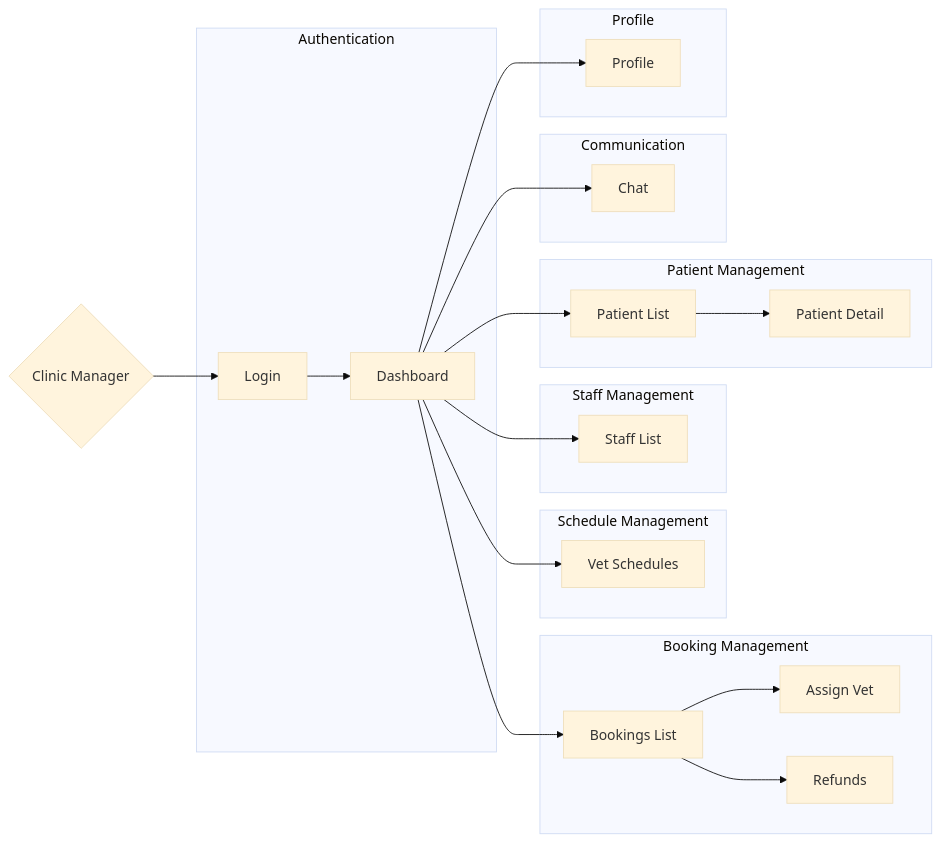
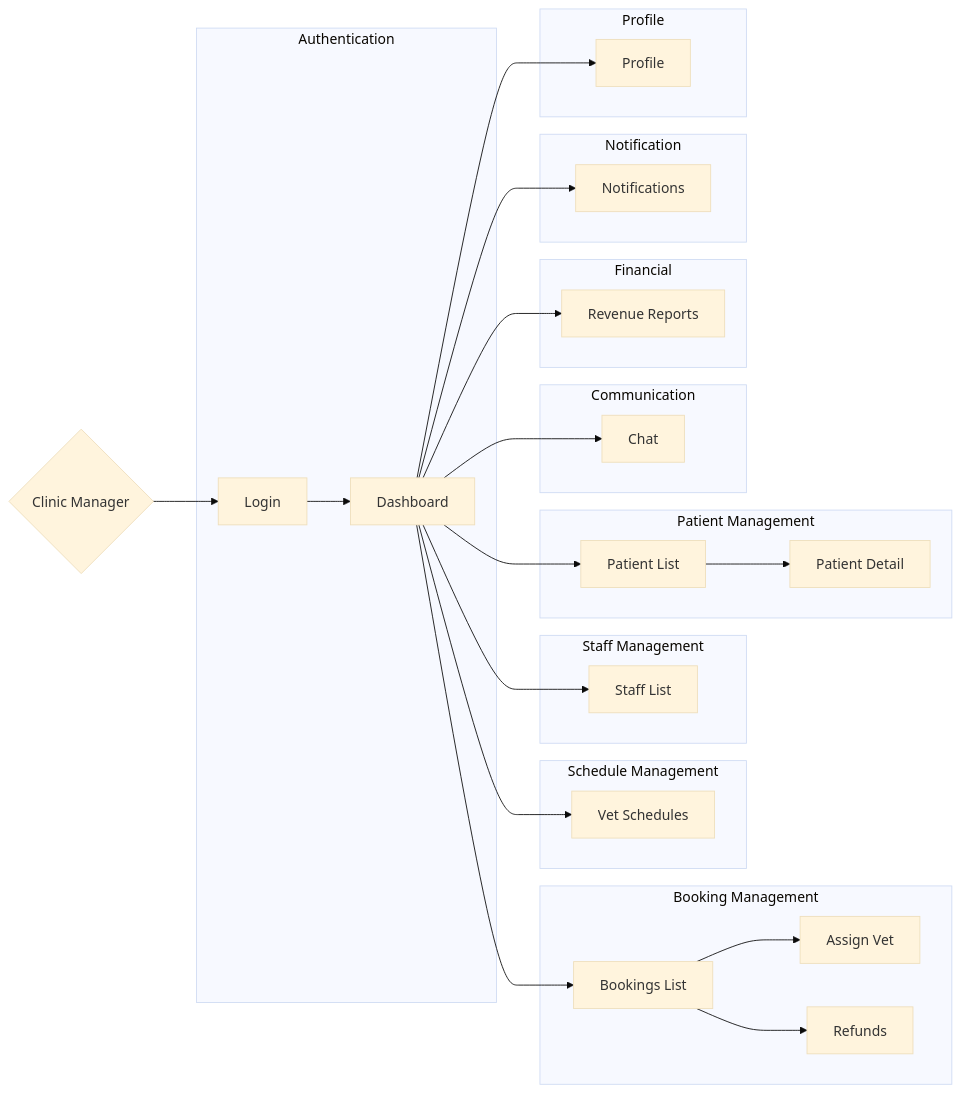
Before and after one commit to espresso23/Petties-Veterinary-Appointment-Booking-Platform: the seventh of 9 diagrams in docs-references/documentation/SRS/PETTIES_SRS.md, drawn with Mermaid (base theme). The commit also changed other lines of this file, not shown here.

First line of the commit message:
Update screen counts and add Notification subgraphs

````diff
--- a/docs-references/documentation/SRS/PETTIES_SRS.md
+++ b/docs-references/documentation/SRS/PETTIES_SRS.md
@@ -545,35 +553,43 @@
 ```mermaid
 flowchart LR
     CM{Clinic Manager} --> Login
 
     subgraph Authentication
         Login --> Dashboard
     end
 
     subgraph Schedule_Management[Schedule Management]
         Dashboard --> VetSchedules[Vet Schedules]
     end
 
     subgraph Booking_Management[Booking Management]
         Dashboard --> BookingsList[Bookings List]
         BookingsList --> AssignVet[Assign Vet]
         BookingsList --> Refunds
     end
 
     subgraph Staff_Management[Staff Management]
         Dashboard --> StaffList[Staff List]
     end
 
     subgraph Patient_Management[Patient Management]
         Dashboard --> PatientList[Patient List]
         PatientList --> PatientDetail[Patient Detail]
     end
 
     subgraph Communication
         Dashboard --> Chat
     end
 
+    subgraph Financial
+        Dashboard --> RevenueReports[Revenue Reports]
+    end
+
+    subgraph Notification
+        Dashboard --> Notifications
+    end
+
     subgraph Profile
         Dashboard --> ProfileScreen[Profile]
     end
 ```
````
